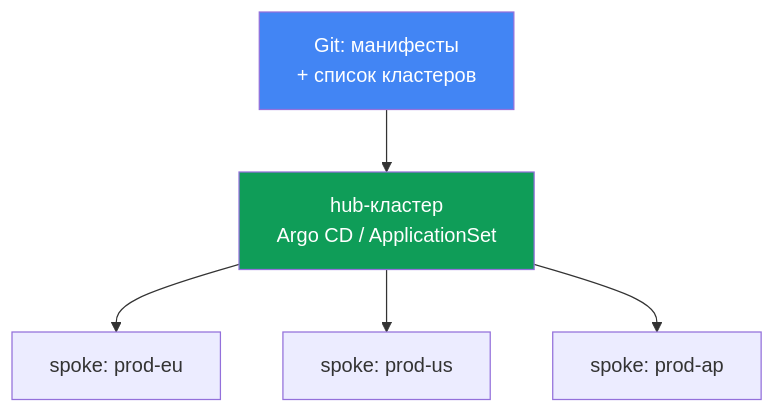
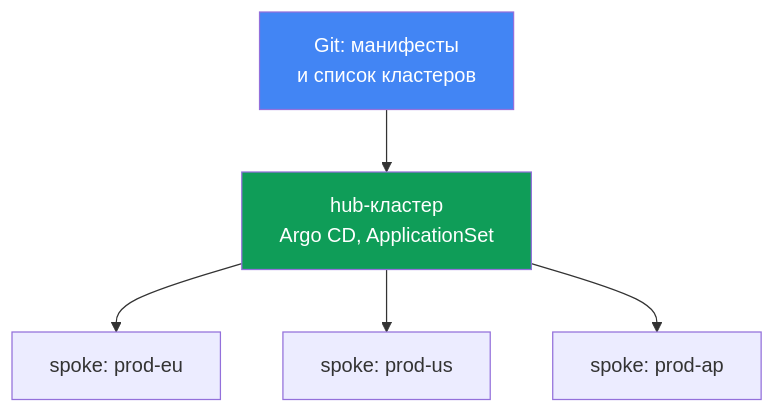
The second of 2 diagrams in tasks/eks/course/44/ru.md (ViktorUJ/cks), drawn with Mermaid before and after one commit. The commit also changed other lines of this file and 52 other files, not shown here.

````diff
--- a/tasks/eks/course/44/ru.md
+++ b/tasks/eks/course/44/ru.md
@@ -213,14 +206,10 @@
 ```mermaid
 flowchart TB
-    repo["Git: манифесты<br>+ список кластеров"]
-    hub["hub-кластер<br>Argo CD / ApplicationSet"]
-    eu["spoke: prod-eu"]
-    us["spoke: prod-us"]
-    ap["spoke: prod-ap"]
-    repo --> hub
-    hub --> eu
-    hub --> us
-    hub --> ap
+    repo["Git: манифесты<br/>и список кластеров"]
+    repo --> hub["hub-кластер<br/>Argo CD, ApplicationSet"]
+    hub --> eu["spoke: prod-eu"]
+    hub --> us["spoke: prod-us"]
+    hub --> ap["spoke: prod-ap"]
     style hub fill:#0f9d58,color:#fff
     style repo fill:#4285f4,color:#fff
 ```
````
